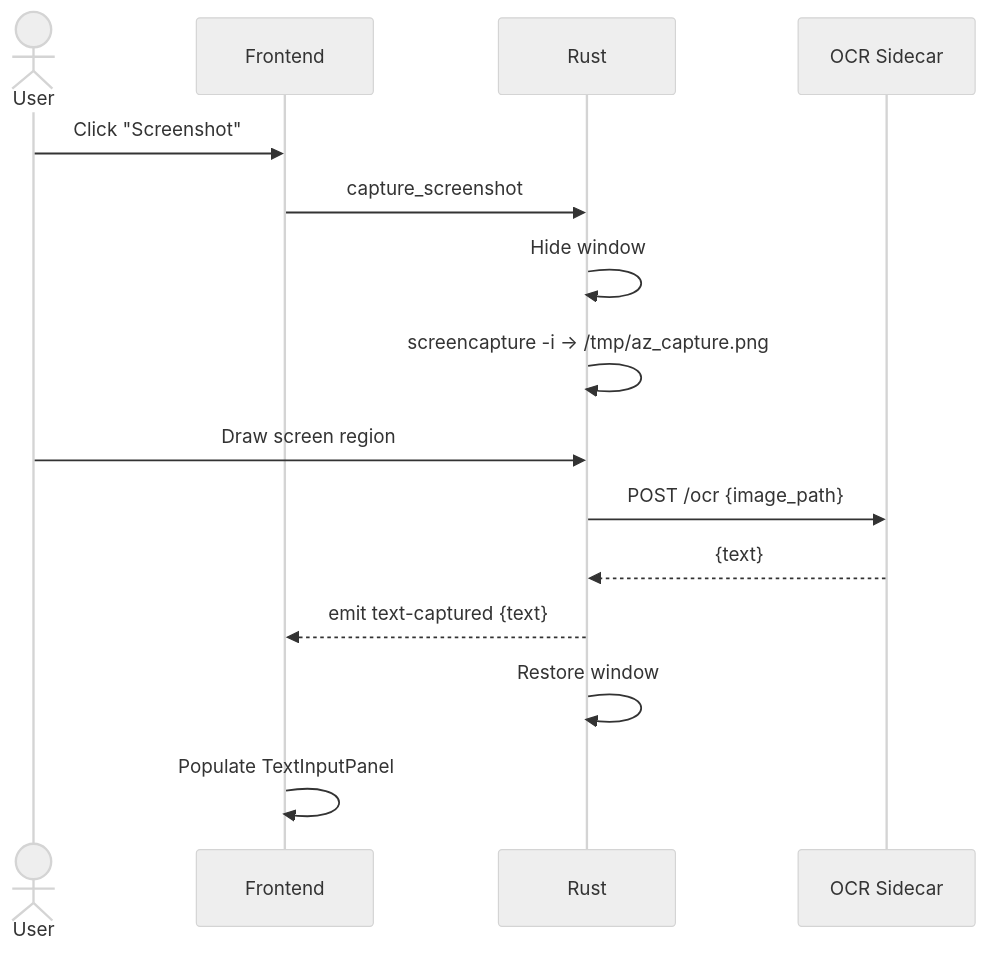
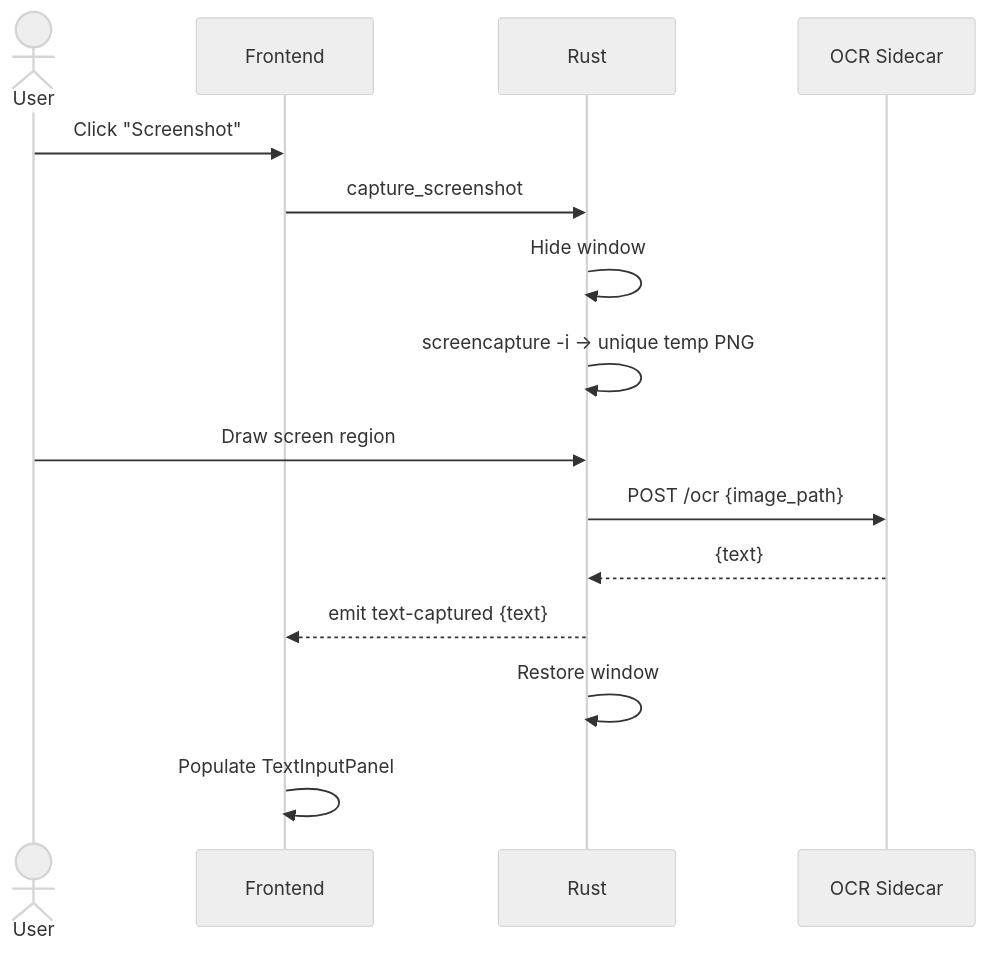
One commit to yaominzh/azReadAnalyzer changed the third of 4 diagrams in docs/superpowers/specs/2026-06-07-azreadanalyzer-design.md. Above: the diagram before and after it, drawn with Mermaid (neutral theme). The commit also changed other lines of this file and 1 other file, not shown here.

````diff
--- a/docs/superpowers/specs/2026-06-07-azreadanalyzer-design.md
+++ b/docs/superpowers/specs/2026-06-07-azreadanalyzer-design.md
@@ -181,18 +194,18 @@
 ```mermaid
 sequenceDiagram
     actor U as User
     participant FE as Frontend
     participant RS as Rust
     participant OCR as OCR Sidecar
 
     U->>FE: Click "Screenshot"
     FE->>RS: capture_screenshot
     RS->>RS: Hide window
-    RS->>RS: screencapture -i → /tmp/az_capture.png
+    RS->>RS: screencapture -i → unique temp PNG
     U->>RS: Draw screen region
     RS->>OCR: POST /ocr {image_path}
     OCR-->>RS: {text}
     RS-->>FE: emit text-captured {text}
     RS->>RS: Restore window
     FE->>FE: Populate TextInputPanel
 ```
````
